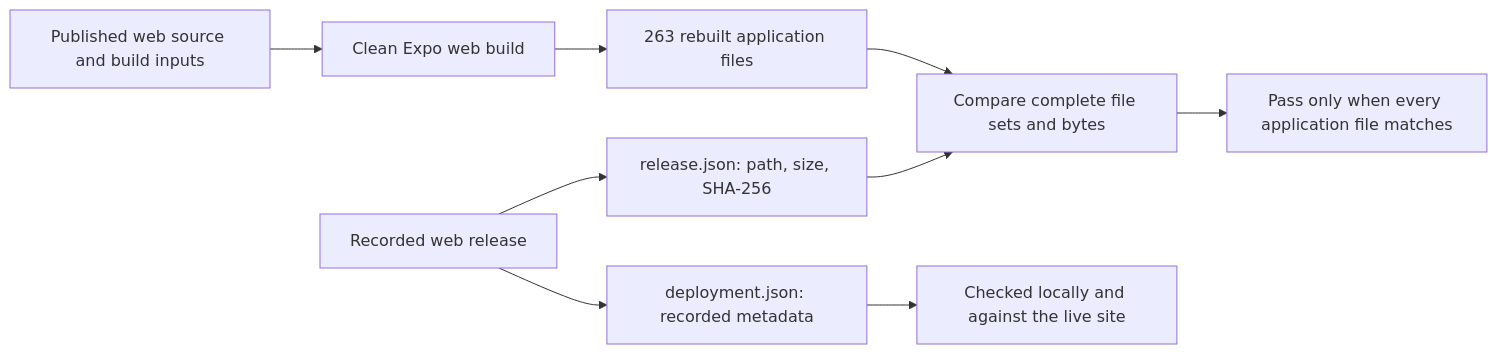
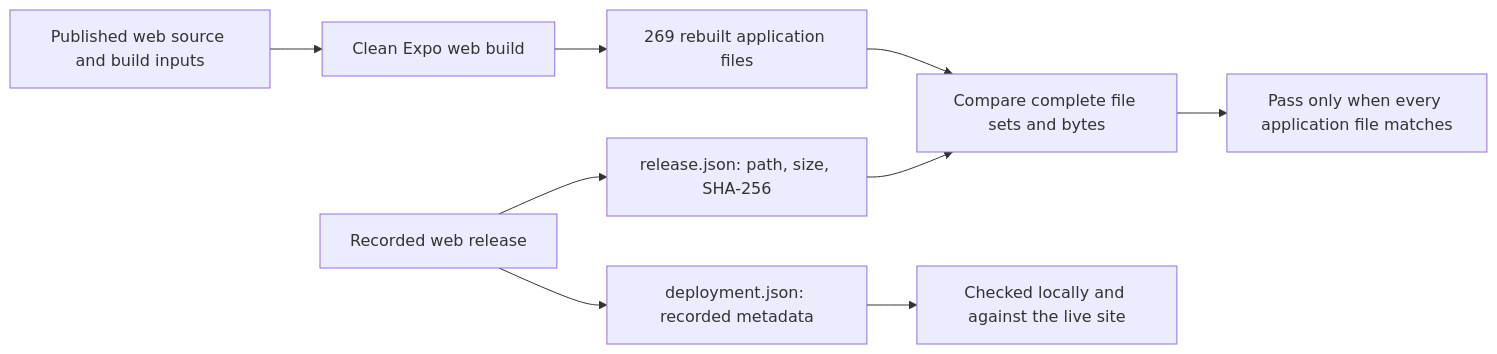
The first of 5 diagrams in README.md (nuri-com/nuri-wallet), drawn with Mermaid before and after one commit. The commit also changed other lines of this file and 472 other files, not shown here.

````diff
--- a/README.md
+++ b/README.md
@@ -167,11 +167,11 @@
 ```mermaid
 flowchart LR
     S["Published web source and build inputs"] --> B["Clean Expo web build"]
-    B --> R["263 rebuilt application files"]
+    B --> R["269 rebuilt application files"]
     W["Recorded web release"] --> M["release.json: path, size, SHA-256"]
     R --> C["Compare complete file sets and bytes"]
     M --> C
     W --> D["deployment.json: recorded metadata"]
     D --> L["Checked locally and against the live site"]
     C --> P["Pass only when every application file matches"]
 ```
````
